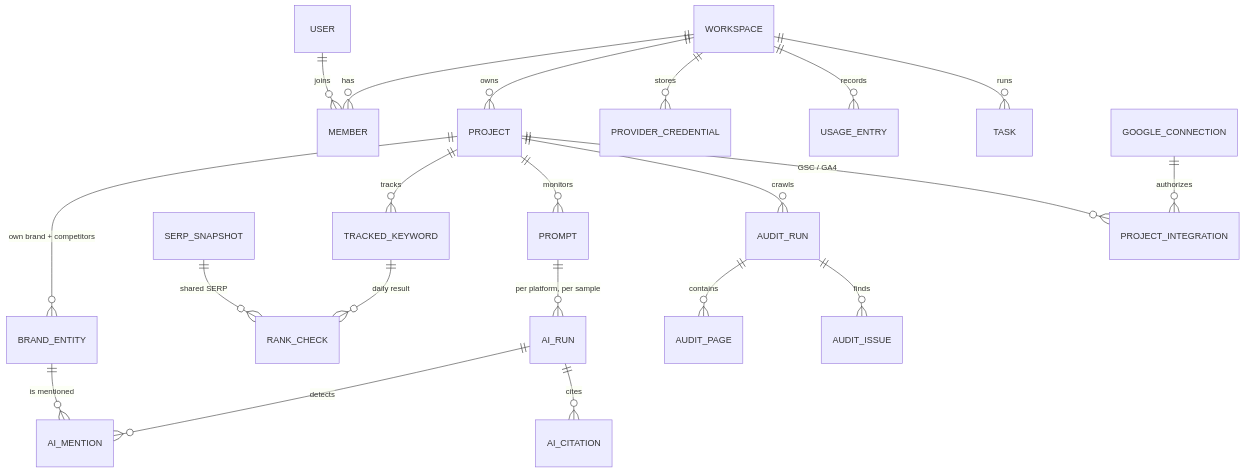
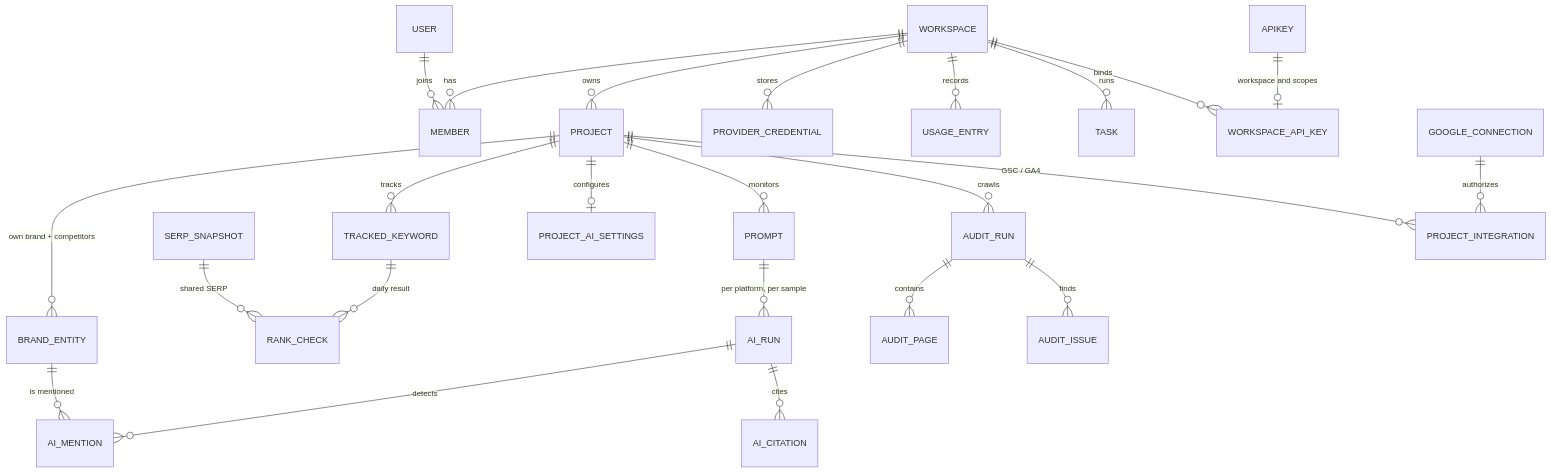
Before and after one commit to korkmaz60/SEO-GEO: the diagram in docs/data-model.md, drawn with Mermaid. The commit also changed other lines of this file and 8 other files, not shown here.

````diff
--- a/docs/data-model.md
+++ b/docs/data-model.md
@@ -25,23 +26,26 @@
 ```mermaid
 erDiagram
     WORKSPACE ||--o{ MEMBER : has
     USER ||--o{ MEMBER : joins
     WORKSPACE ||--o{ PROJECT : owns
     WORKSPACE ||--o{ PROVIDER_CREDENTIAL : stores
     WORKSPACE ||--o{ USAGE_ENTRY : records
     WORKSPACE ||--o{ TASK : runs
+    WORKSPACE ||--o{ WORKSPACE_API_KEY : binds
+    APIKEY ||--o| WORKSPACE_API_KEY : "workspace and scopes"
     PROJECT ||--o{ BRAND_ENTITY : "own brand + competitors"
     PROJECT ||--o{ TRACKED_KEYWORD : tracks
     TRACKED_KEYWORD ||--o{ RANK_CHECK : "daily result"
     SERP_SNAPSHOT ||--o{ RANK_CHECK : "shared SERP"
+    PROJECT ||--o| PROJECT_AI_SETTINGS : configures
     PROJECT ||--o{ PROMPT : monitors
     PROMPT ||--o{ AI_RUN : "per platform, per sample"
     AI_RUN ||--o{ AI_MENTION : detects
     AI_RUN ||--o{ AI_CITATION : cites
     BRAND_ENTITY ||--o{ AI_MENTION : "is mentioned"
     PROJECT ||--o{ AUDIT_RUN : crawls
     AUDIT_RUN ||--o{ AUDIT_PAGE : contains
     AUDIT_RUN ||--o{ AUDIT_ISSUE : finds
     PROJECT ||--o{ PROJECT_INTEGRATION : "GSC / GA4"
     GOOGLE_CONNECTION ||--o{ PROJECT_INTEGRATION : authorizes
 ```
````
